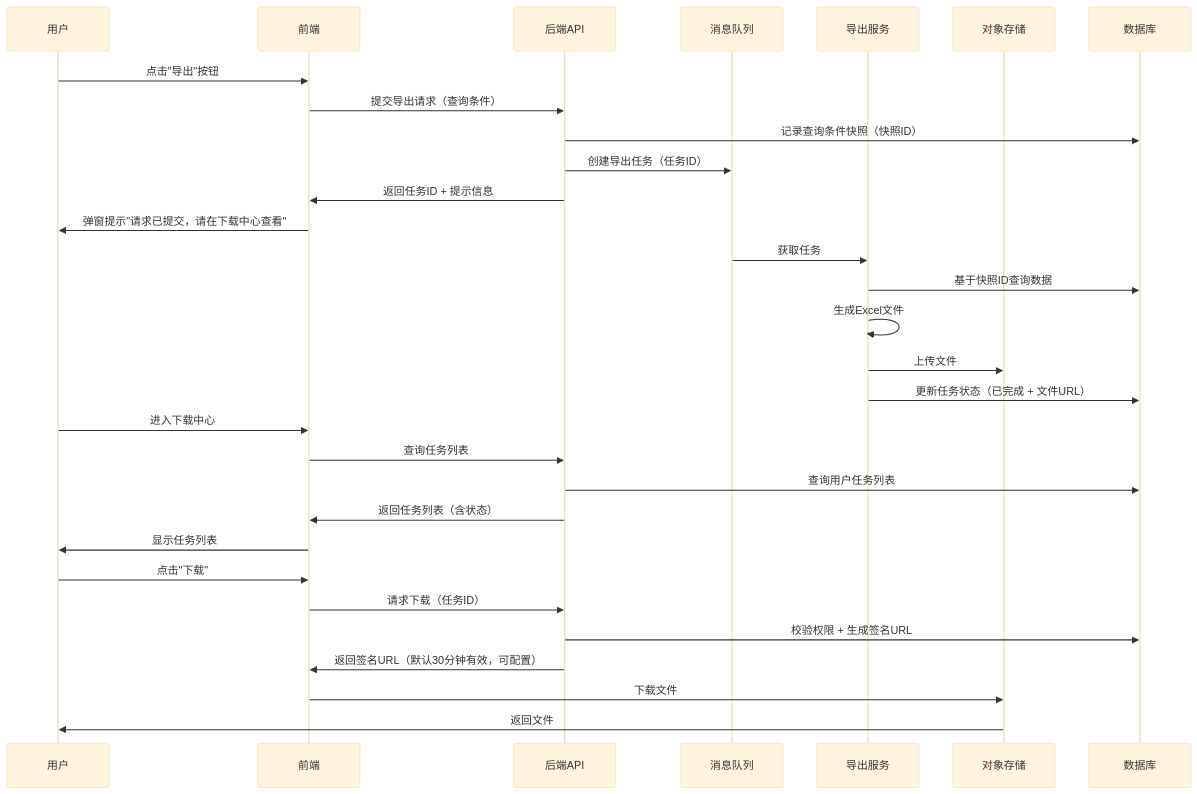
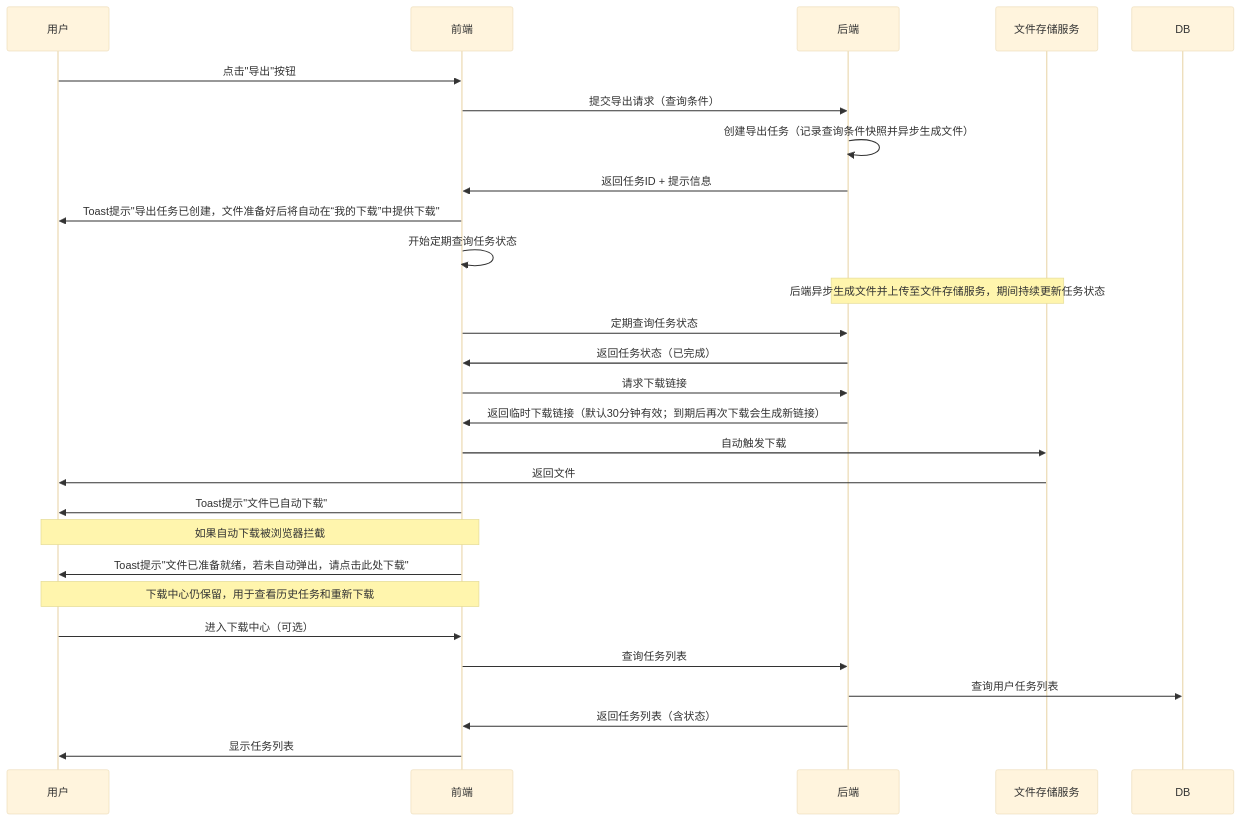
Before and after one commit to bdgoodbr/xuyou: the first of 2 diagrams in Desktop/HTM/中远海/00-HTM功能汇总/11-其他.md, drawn with Mermaid (base theme). The commit also changed other lines of this file, not shown here.

````diff
--- a/Desktop/HTM/中远海/00-HTM功能汇总/11-其他.md
+++ b/Desktop/HTM/中远海/00-HTM功能汇总/11-其他.md
@@ -90,36 +33,34 @@
 ```mermaid
 sequenceDiagram
     participant User as 用户
     participant Frontend as 前端
-    participant API as 后端API
-    participant Queue as 消息队列
-    participant Worker as 导出服务
-    participant OSS as 对象存储
-    participant DB as 数据库
+    participant API as 后端
+    participant Storage as 文件存储服务
 
     User->>Frontend: 点击"导出"按钮
     Frontend->>API: 提交导出请求（查询条件）
-    API->>DB: 记录查询条件快照（快照ID）
-    API->>Queue: 创建导出任务（任务ID）
+    API->>API: 创建导出任务（记录查询条件快照并异步生成文件）
     API->>Frontend: 返回任务ID + 提示信息
-    Frontend->>User: 弹窗提示"请求已提交，请在下载中心查看"
+    Frontend->>User: Toast提示"导出任务已创建，文件准备好后将自动在“我的下载”中提供下载"
+    Frontend->>Frontend: 开始定期查询任务状态
     
-    Queue->>Worker: 获取任务
-    Worker->>DB: 基于快照ID查询数据
-    Worker->>Worker: 生成Excel文件
-    Worker->>OSS: 上传文件
-    Worker->>DB: 更新任务状态（已完成 + 文件URL）
+    Note over API,Storage: 后端异步生成文件并上传至文件存储服务，期间持续更新任务状态
     
-    User->>Frontend: 进入下载中心
+    Frontend->>API: 定期查询任务状态
+    API->>Frontend: 返回任务状态（已完成）
+    Frontend->>API: 请求下载链接
+    API->>Frontend: 返回临时下载链接（默认30分钟有效；到期后再次下载会生成新链接）
+    Frontend->>Storage: 自动触发下载
+    Storage->>User: 返回文件
+    Frontend->>User: Toast提示"文件已自动下载"
+    
+    Note over Frontend,User: 如果自动下载被浏览器拦截
+    Frontend->>User: Toast提示"文件已准备就绪，若未自动弹出，请点击此处下载"
+    
+    Note over Frontend,User: 下载中心仍保留，用于查看历史任务和重新下载
+    User->>Frontend: 进入下载中心（可选）
     Frontend->>API: 查询任务列表
     API->>DB: 查询用户任务列表
     API->>Frontend: 返回任务列表（含状态）
     Frontend->>User: 显示任务列表
-    
-    User->>Frontend: 点击"下载"
-    Frontend->>API: 请求下载（任务ID）
-    API->>DB: 校验权限 + 生成签名URL
-    API->>Frontend: 返回签名URL（默认30分钟有效，可配置）
-    Frontend->>OSS: 下载文件
-    OSS->>User: 返回文件
 ```
````
